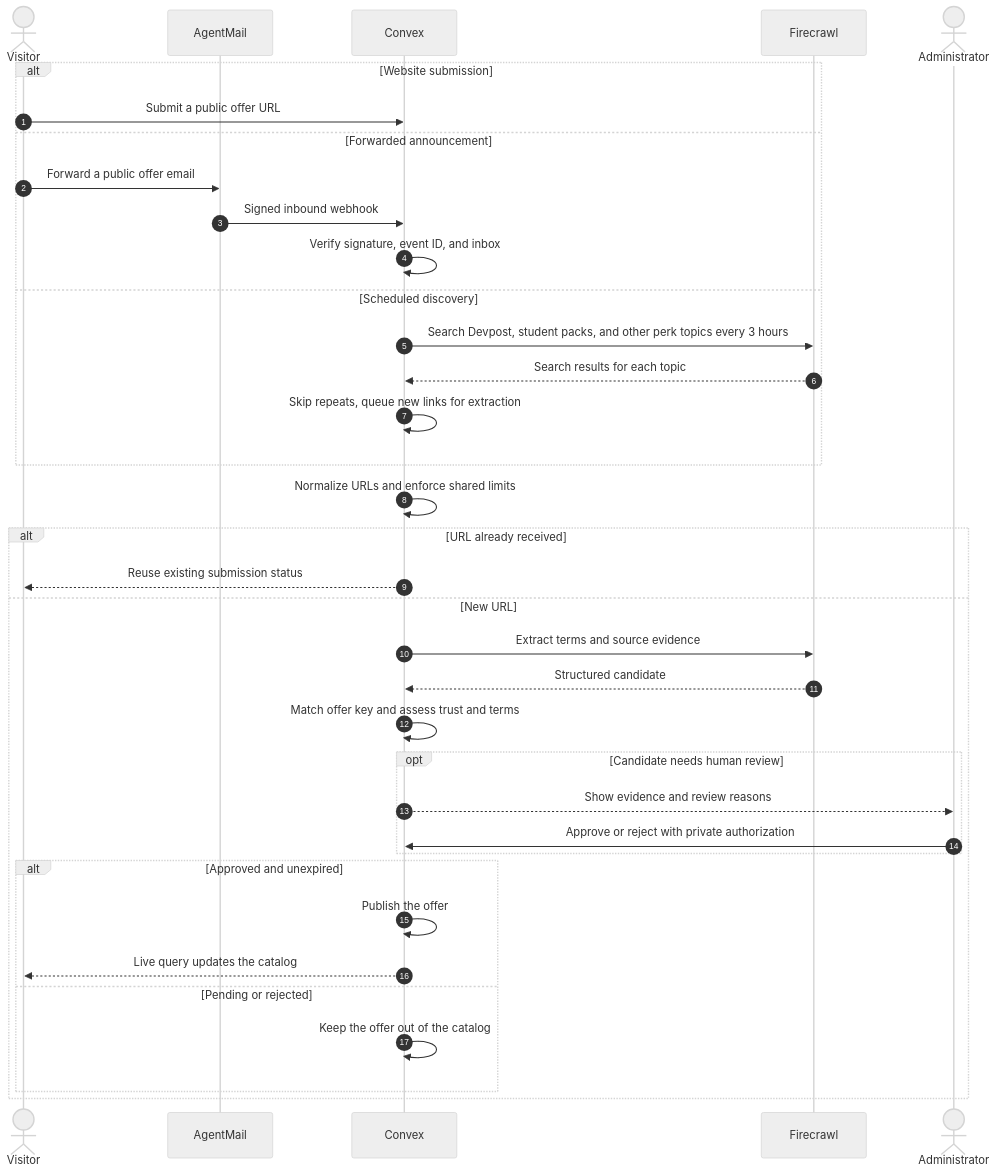
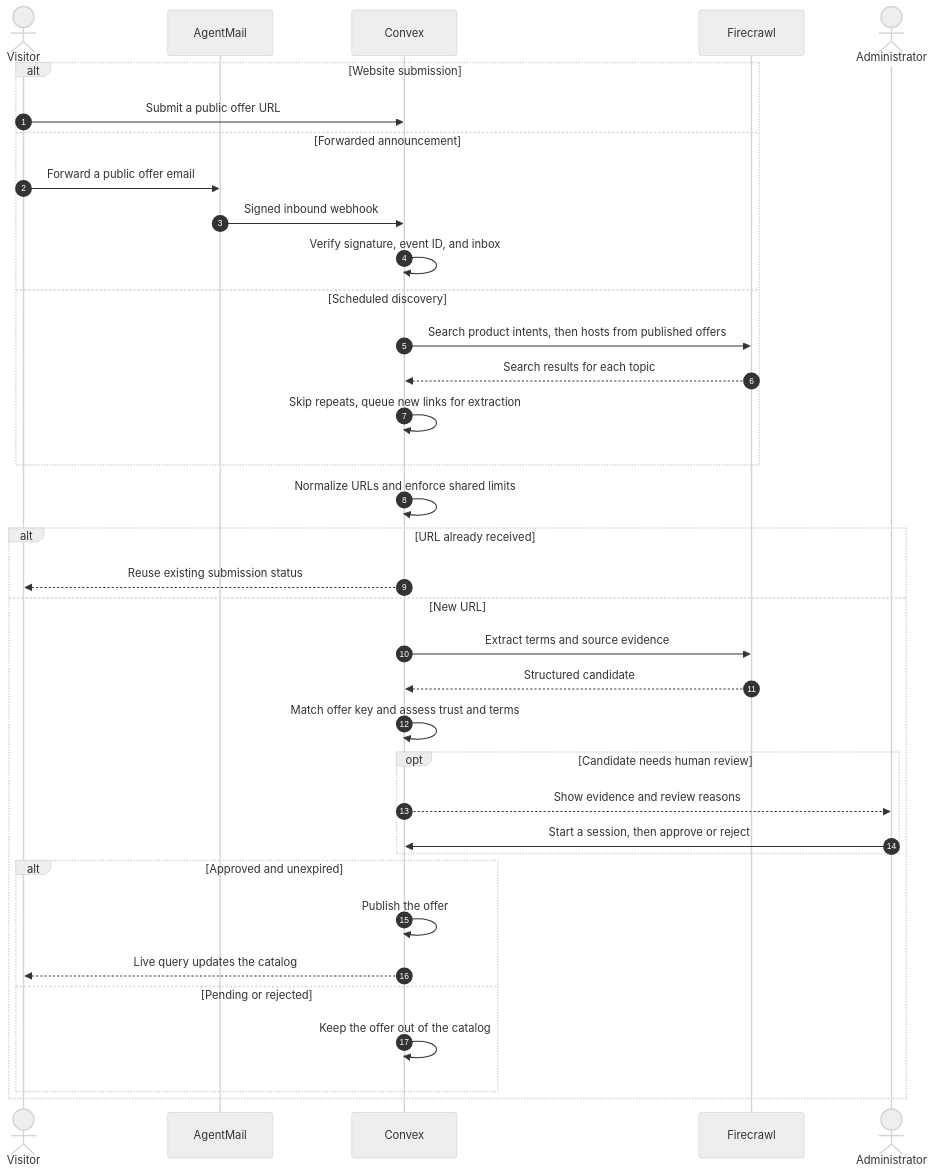
Before and after one commit to sansynx/perkdrop-click: the diagram in README.md, drawn with Mermaid (neutral theme). The commit also changed other lines of this file and 30 other files, not shown here.

````diff
--- a/README.md
+++ b/README.md
@@ -10,38 +10,38 @@
 ```mermaid
 sequenceDiagram
     autonumber
     actor Visitor
     participant Mail as AgentMail
     participant Backend as Convex
     participant Crawler as Firecrawl
     actor Admin as Administrator
     alt Website submission
         Visitor->>Backend: Submit a public offer URL
     else Forwarded announcement
         Visitor->>Mail: Forward a public offer email
         Mail->>Backend: Signed inbound webhook
         Backend->>Backend: Verify signature, event ID, and inbox
     else Scheduled discovery
-        Backend->>Crawler: Search Devpost, student packs, and other perk topics every 3 hours
+        Backend->>Crawler: Search product intents, then hosts from published offers
         Crawler-->>Backend: Search results for each topic
         Backend->>Backend: Skip repeats, queue new links for extraction
     end
     Backend->>Backend: Normalize URLs and enforce shared limits
     alt URL already received
         Backend-->>Visitor: Reuse existing submission status
     else New URL
         Backend->>Crawler: Extract terms and source evidence
         Crawler-->>Backend: Structured candidate
         Backend->>Backend: Match offer key and assess trust and terms
         opt Candidate needs human review
             Backend-->>Admin: Show evidence and review reasons
-            Admin->>Backend: Approve or reject with private authorization
+            Admin->>Backend: Start a session, then approve or reject
         end
         alt Approved and unexpired
             Backend->>Backend: Publish the offer
             Backend-->>Visitor: Live query updates the catalog
         else Pending or rejected
             Backend->>Backend: Keep the offer out of the catalog
         end
     end
 ```
````
